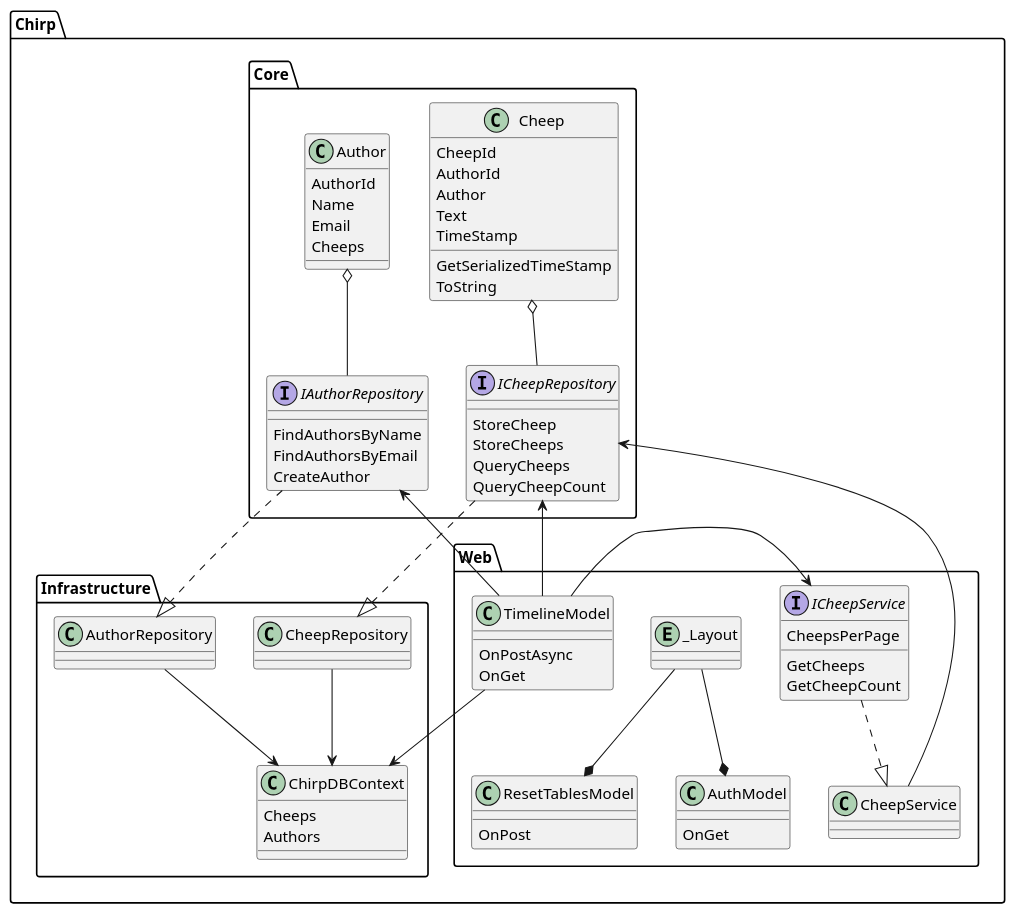
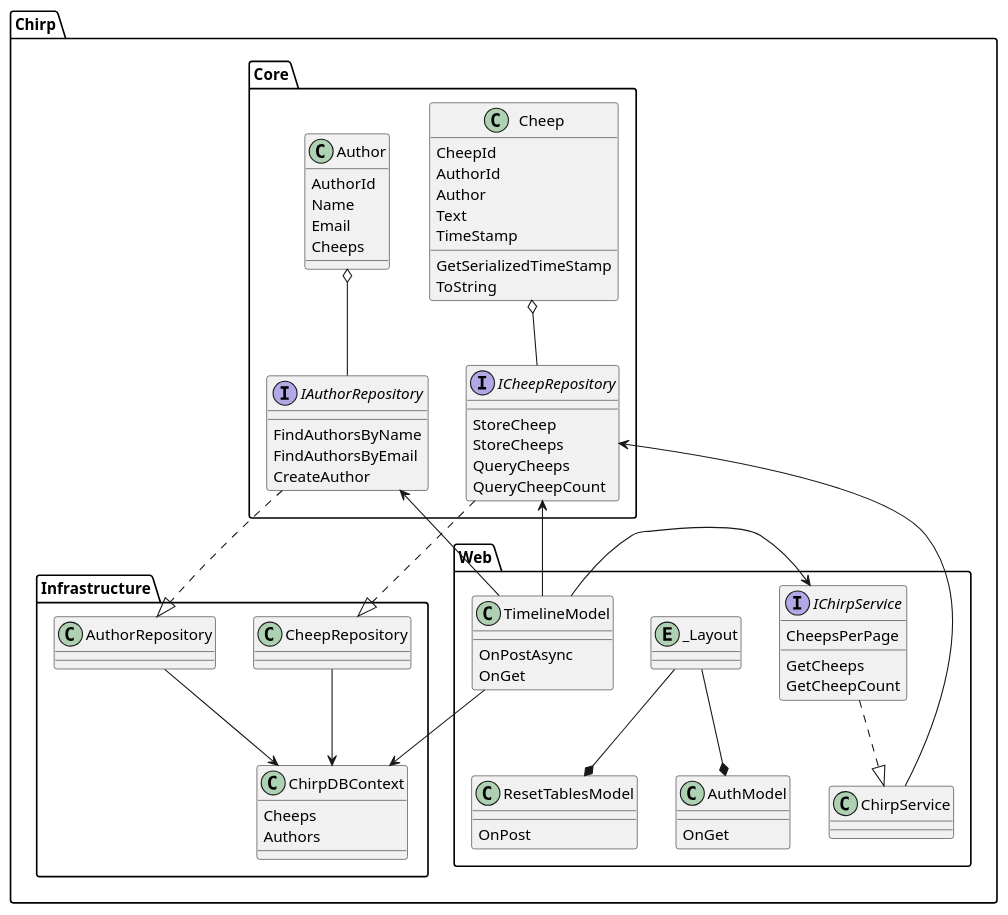
One commit to ITU-BDSA23-GROUP3/Chirp changed the diagram in diagrams/chirp.puml. Above: the diagram before and after it, drawn with PlantUML. The commit also changed 11 other files, not shown here.

```diff
--- a/diagrams/chirp.puml
+++ b/diagrams/chirp.puml
@@ -1,90 +1,90 @@
 @startuml
 package Chirp.Core {
     interface IAuthorRepository {
         {method} FindAuthorsByName
         {method} FindAuthorsByEmail
         {method} CreateAuthor
         
     }
     interface ICheepRepository {
         {method} StoreCheep
         {method} StoreCheeps
         {method} QueryCheeps
         {method} QueryCheepCount
     }
     class Author
     {
         AuthorId
         Name
         Email
         Cheeps
     }
     
     class Cheep
     {
         CheepId
         AuthorId
         Author
         Text
         TimeStamp
         {method}GetSerializedTimeStamp
         {method}ToString
     }
     Author o-- IAuthorRepository
     Cheep o-- ICheepRepository
 }
 
 package Chirp.Infrastructure {
     class AuthorRepository {
     }
     
     class CheepRepository {
     }
     
     class ChirpDBContext{
         Cheeps
         Authors
     }
 
     IAuthorRepository ..|> AuthorRepository
     ICheepRepository ..|> CheepRepository
     AuthorRepository --> ChirpDBContext
     CheepRepository --> ChirpDBContext
 }
 
 package Chirp.Web {
-    interface ICheepService {
+    interface IChirpService {
         CheepsPerPage
         {method} GetCheeps
         {method} GetCheepCount
     }
     
-    class CheepService {
+    class ChirpService {
     }
     
     class TimelineModel {
         {method} OnPostAsync
         {method} OnGet
     }
     
     class AuthModel {
         {method} OnGet
     }
     
     class ResetTablesModel{
         {method} OnPost
     }
     
     entity _Layout{}
     
-    ICheepService ..|> CheepService
-    CheepService --> ICheepRepository
+    IChirpService ..|> ChirpService
+    ChirpService --> ICheepRepository
     TimelineModel -up-> ICheepRepository
     TimelineModel -up-> IAuthorRepository
     TimelineModel -up-> ChirpDBContext
-    TimelineModel -right-> ICheepService
+    TimelineModel -right-> IChirpService
     _Layout --* AuthModel
     _Layout --* ResetTablesModel
     
 }
 @enduml
```
